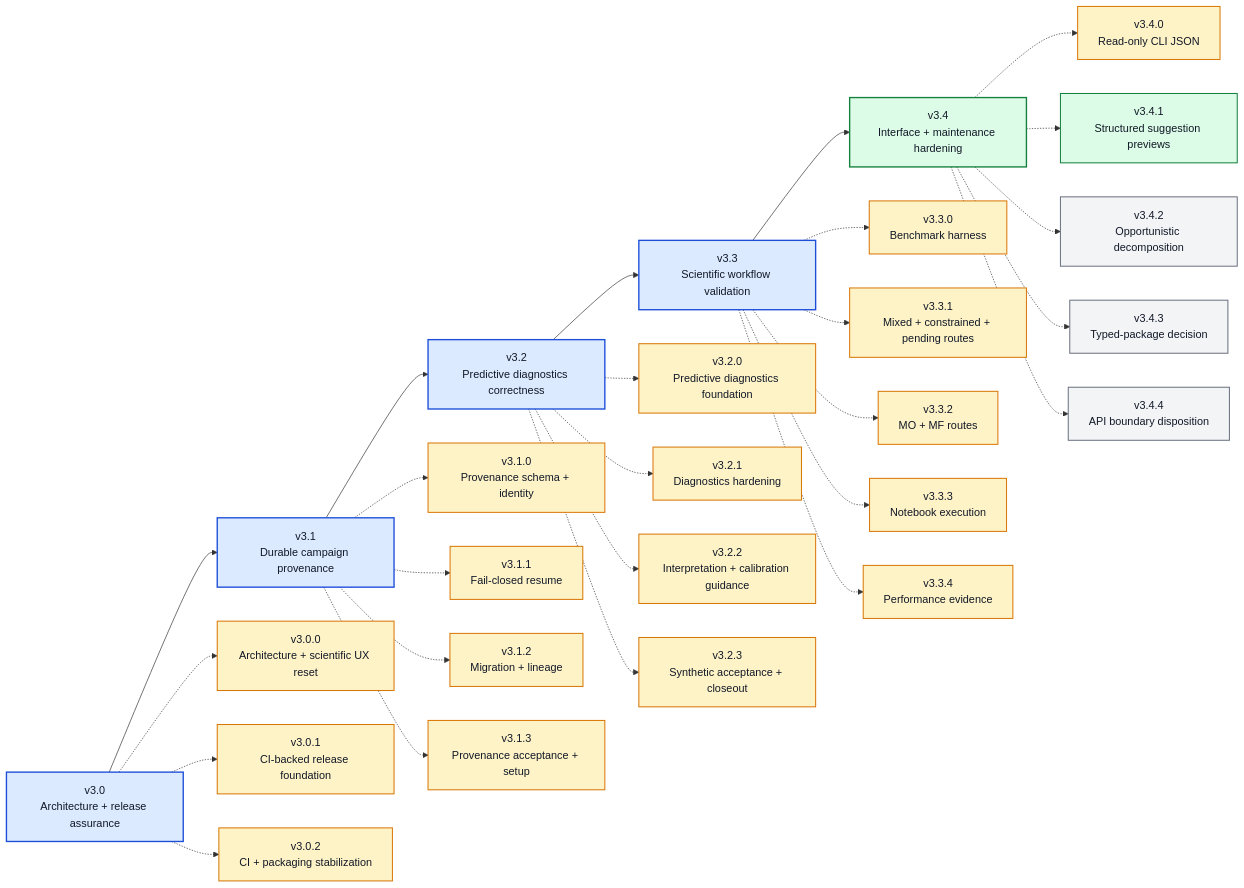
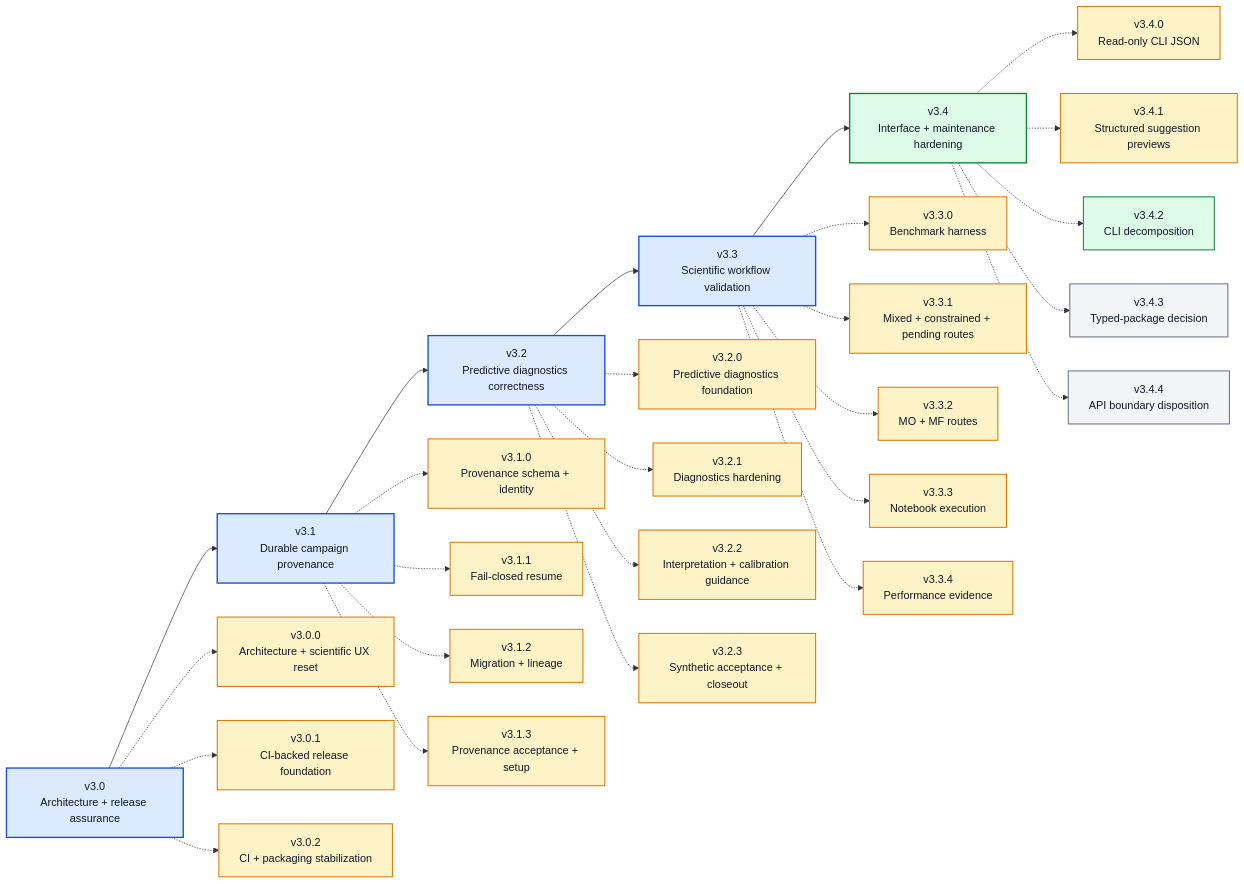
One commit to angzeli/bo-forge changed the diagram in ROADMAP_V3_X.md. Above: the diagram before and after it, drawn with Mermaid. The commit also changed other lines of this file and 37 other files, not shown here.

````diff
--- a/ROADMAP_V3_X.md
+++ b/ROADMAP_V3_X.md
@@ -34,67 +34,68 @@
 ```mermaid
 flowchart LR
     v30["v3.0<br/>Architecture + release assurance"] --> v31["v3.1<br/>Durable campaign provenance"] --> v32["v3.2<br/>Predictive diagnostics correctness"] --> v33["v3.3<br/>Scientific workflow validation"] --> v34["v3.4<br/>Interface + maintenance hardening"]
 
     v300["v3.0.0<br/>Architecture + scientific UX reset"]
     v301["v3.0.1<br/>CI-backed release foundation"]
     v302["v3.0.2<br/>CI + packaging stabilization"]
     v310["v3.1.0<br/>Provenance schema + identity"]
     v311["v3.1.1<br/>Fail-closed resume"]
     v312["v3.1.2<br/>Migration + lineage"]
     v313["v3.1.3<br/>Provenance acceptance + setup"]
     v320["v3.2.0<br/>Predictive diagnostics foundation"]
     v321["v3.2.1<br/>Diagnostics hardening"]
     v322["v3.2.2<br/>Interpretation + calibration guidance"]
     v323["v3.2.3<br/>Synthetic acceptance + closeout"]
     v330["v3.3.0<br/>Benchmark harness"]
     v331["v3.3.1<br/>Mixed + constrained + pending routes"]
     v332["v3.3.2<br/>MO + MF routes"]
     v333["v3.3.3<br/>Notebook execution"]
     v334["v3.3.4<br/>Performance evidence"]
     v340["v3.4.0<br/>Read-only CLI JSON"]
     v341["v3.4.1<br/>Structured suggestion previews"]
-    v342["v3.4.2<br/>Opportunistic decomposition"]
+    v342["v3.4.2<br/>CLI decomposition"]
     v343["v3.4.3<br/>Typed-package decision"]
     v344["v3.4.4<br/>API boundary disposition"]
 
     v30 -.-> v300
     v30 -.-> v301
     v30 -.-> v302
     v31 -.-> v310
     v31 -.-> v311
     v31 -.-> v312
     v31 -.-> v313
     v32 -.-> v320
     v32 -.-> v321
     v32 -.-> v322
     v32 -.-> v323
     v33 -.-> v330
     v33 -.-> v331
     v33 -.-> v332
     v33 -.-> v333
     v33 -.-> v334
     v34 -.-> v340
     v34 -.-> v341
     v34 -.-> v342
     v34 -.-> v343
     v34 -.-> v344
 
     class v30,v31,v32 majorDone
     class v33 majorDone
     class v34 majorActive
     class v300,v301,v302 patchDone
     class v310,v311,v312,v313 patchDone
     class v320,v321,v322,v323 patchDone
     class v330,v331,v332,v333 patchDone
     class v334 patchDone
     class v340 patchDone
-    class v341 patchActive
-    class v342,v343,v344 patchFuture
+    class v341 patchDone
+    class v342 patchActive
+    class v343,v344 patchFuture
 
     classDef majorDone fill:#dbeafe,stroke:#1d4ed8,stroke-width:2px,color:#111827;
     classDef majorActive fill:#dcfce7,stroke:#15803d,stroke-width:2px,color:#111827;
     classDef majorFuture fill:#f3f4f6,stroke:#6b7280,stroke-width:2px,color:#111827;
     classDef patchDone fill:#fef3c7,stroke:#d97706,stroke-width:1.5px,color:#111827;
     classDef patchActive fill:#dcfce7,stroke:#15803d,stroke-width:1.5px,color:#111827;
     classDef patchFuture fill:#f3f4f6,stroke:#6b7280,stroke-width:1.5px,color:#111827;
 ```
````
